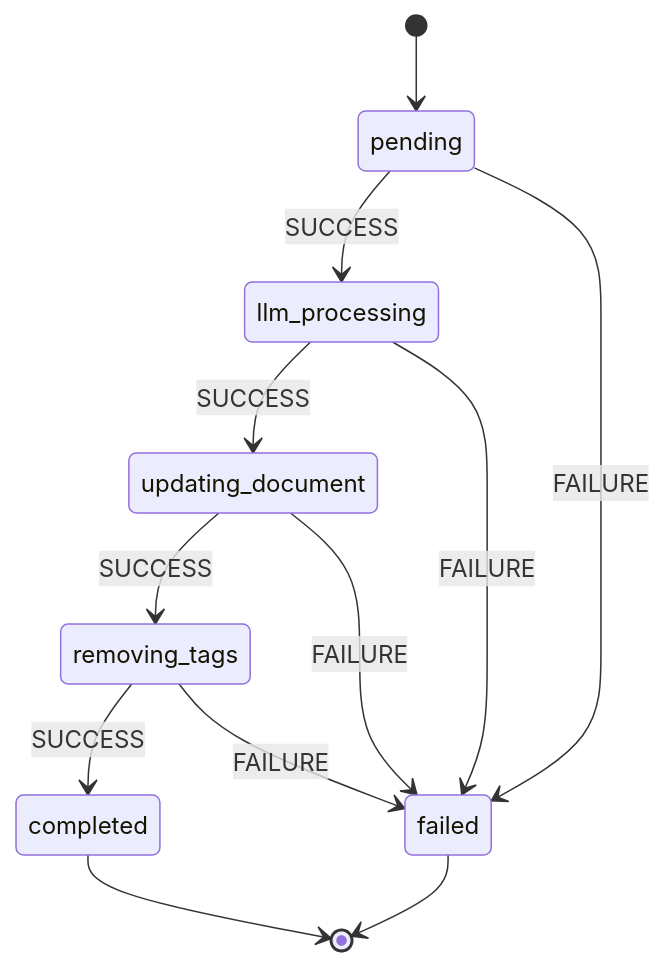
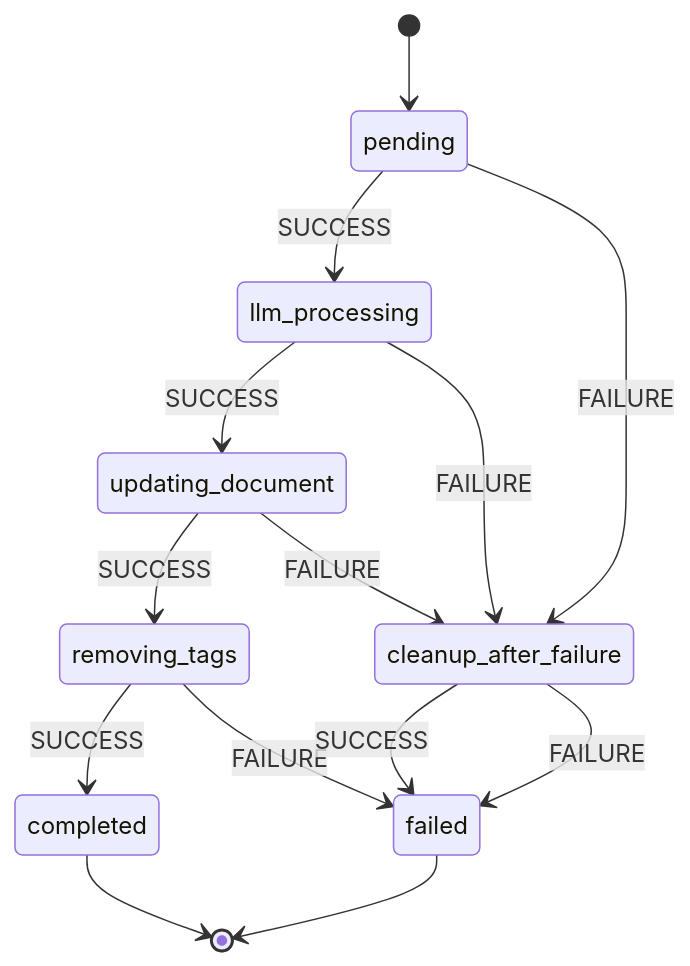
The third of 5 diagrams in docs/architecture/backend.md (TiFu/paperless-llm), drawn with Mermaid before and after one commit. The commit also changed other lines of this file and 8 other files, not shown here.

````diff
--- a/docs/architecture/backend.md
+++ b/docs/architecture/backend.md
@@ -234,14 +234,16 @@
 ```mermaid
 stateDiagram-v2
     [*] --> pending
     pending --> llm_processing: SUCCESS
-    pending --> failed: FAILURE
+    pending --> cleanup_after_failure: FAILURE
     llm_processing --> updating_document: SUCCESS
-    llm_processing --> failed: FAILURE
+    llm_processing --> cleanup_after_failure: FAILURE
     updating_document --> removing_tags: SUCCESS
-    updating_document --> failed: FAILURE
+    updating_document --> cleanup_after_failure: FAILURE
     removing_tags --> completed: SUCCESS
     removing_tags --> failed: FAILURE
+    cleanup_after_failure --> failed: SUCCESS
+    cleanup_after_failure --> failed: FAILURE
     completed --> [*]
     failed --> [*]
 ```
````
